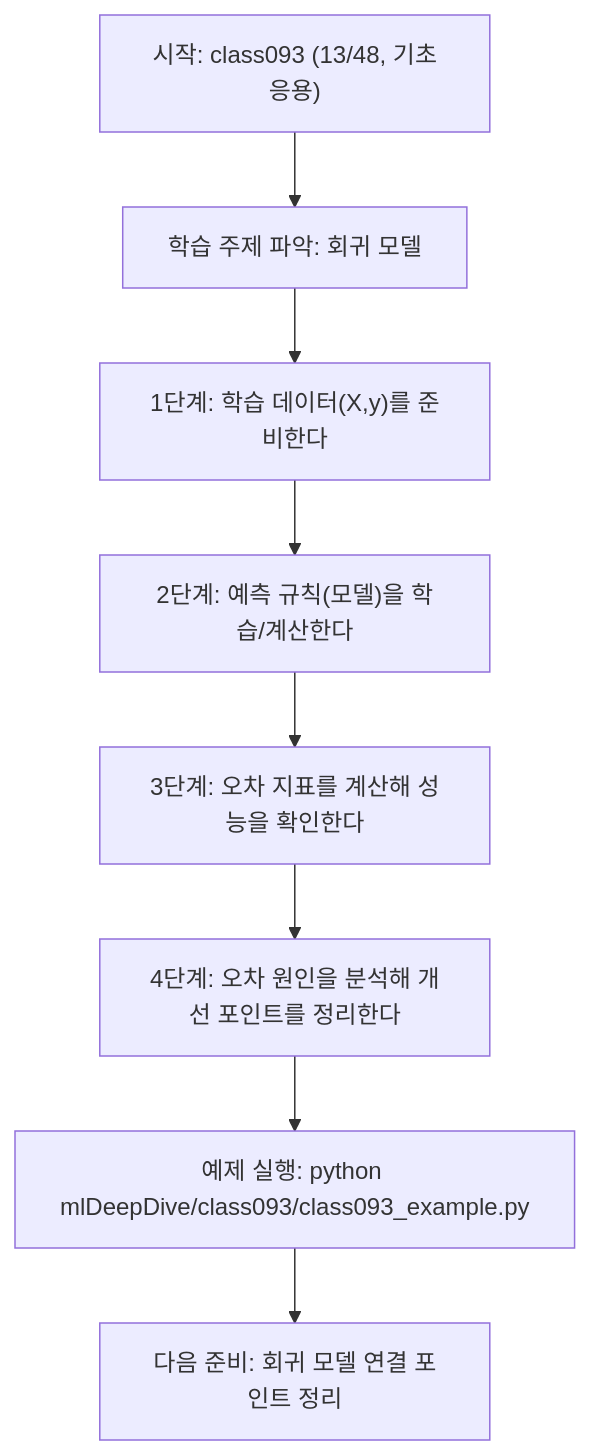
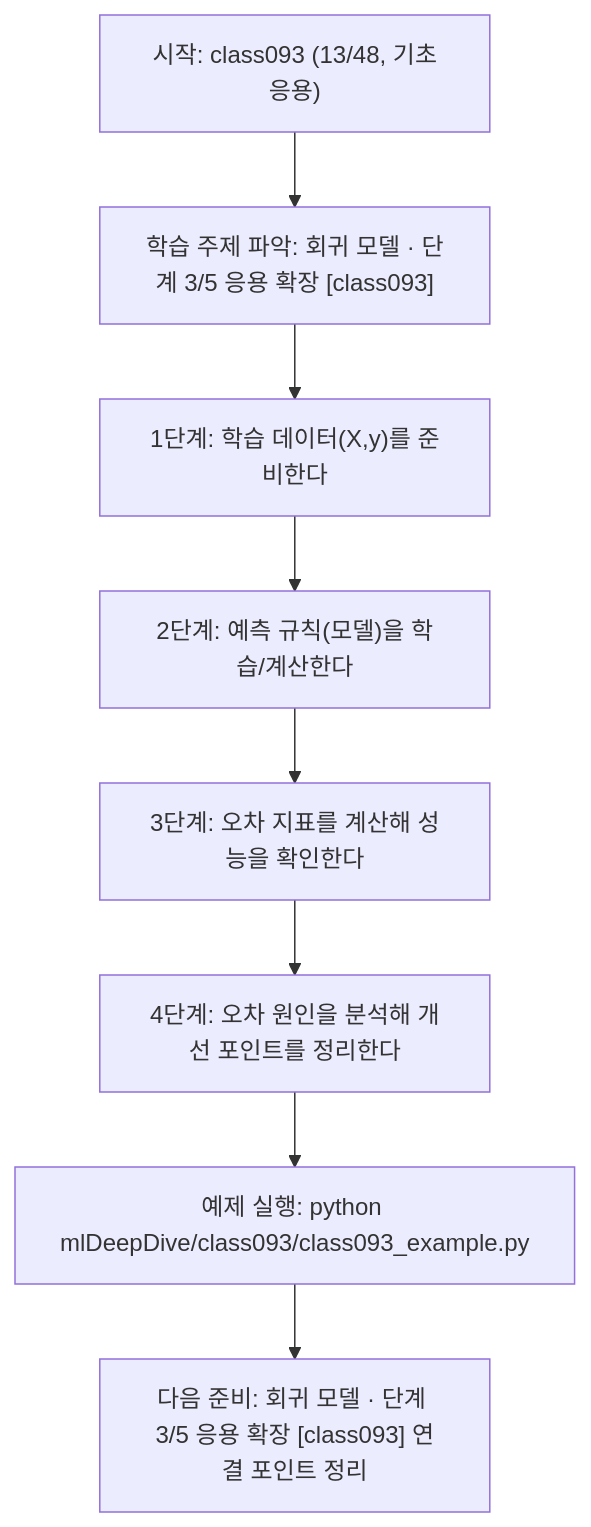
The diagram in mlDeepDive/class093/class093.md (edumgt/Python-AI_Agent-Class), drawn with Mermaid before and after one commit. The commit also changed other lines of this file and 522 other files, not shown here.

````diff
--- a/mlDeepDive/class093/class093.md
+++ b/mlDeepDive/class093/class093.md
@@ -108,18 +109,18 @@
 ```mermaid
 flowchart TD
 N1["시작: class093 (13/48, 기초응용)"]
-N2["학습 주제 파악: 회귀 모델"]
+N2["학습 주제 파악: 회귀 모델 · 단계 3/5 응용 확장 [class093]"]
 N3["1단계: 학습 데이터(X,y)를 준비한다"]
 N4["2단계: 예측 규칙(모델)을 학습/계산한다"]
 N5["3단계: 오차 지표를 계산해 성능을 확인한다"]
 N6["4단계: 오차 원인을 분석해 개선 포인트를 정리한다"]
 N7["예제 실행: python mlDeepDive/class093/class093_example.py"]
-N8["다음 준비: 회귀 모델 연결 포인트 정리"]
+N8["다음 준비: 회귀 모델 · 단계 3/5 응용 확장 [class093] 연결 포인트 정리"]
 N1 --> N2
 N2 --> N3
 N3 --> N4
 N4 --> N5
 N5 --> N6
 N6 --> N7
 N7 --> N8
 ```
````
